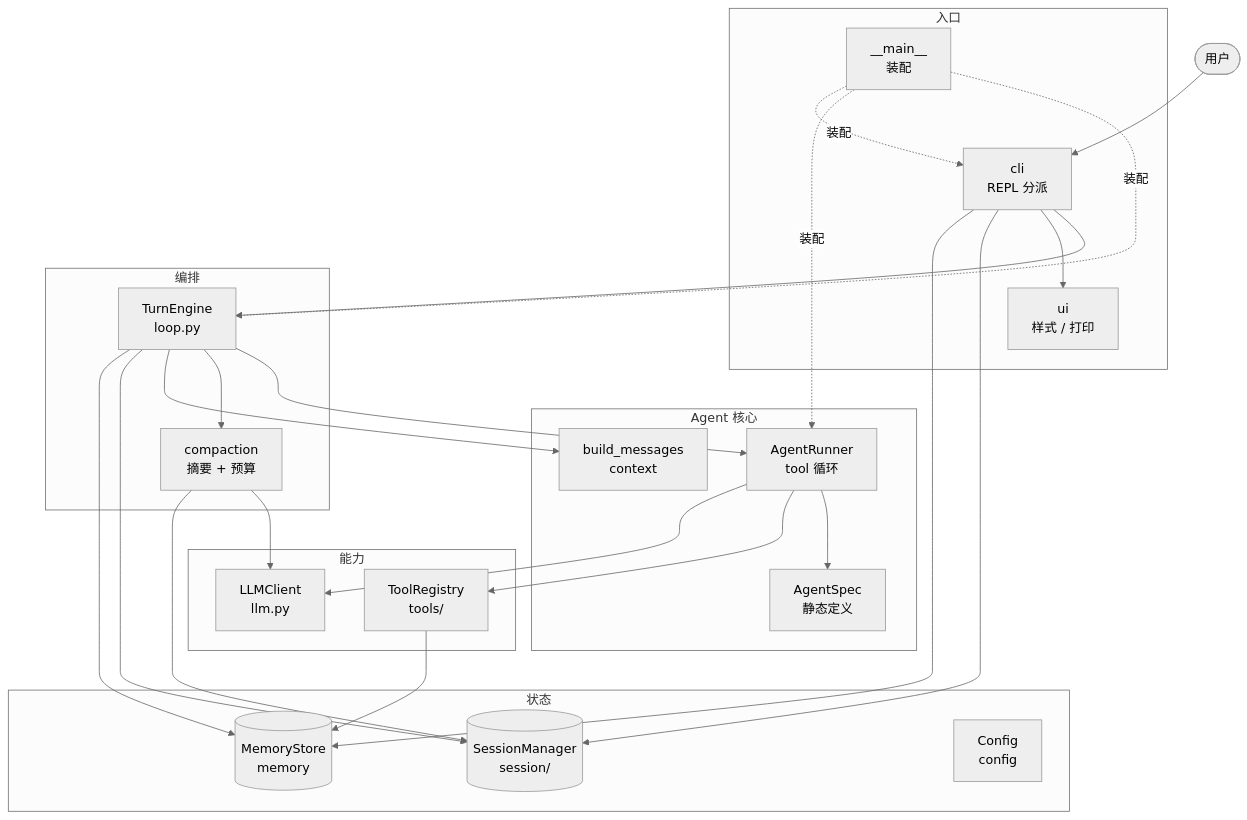
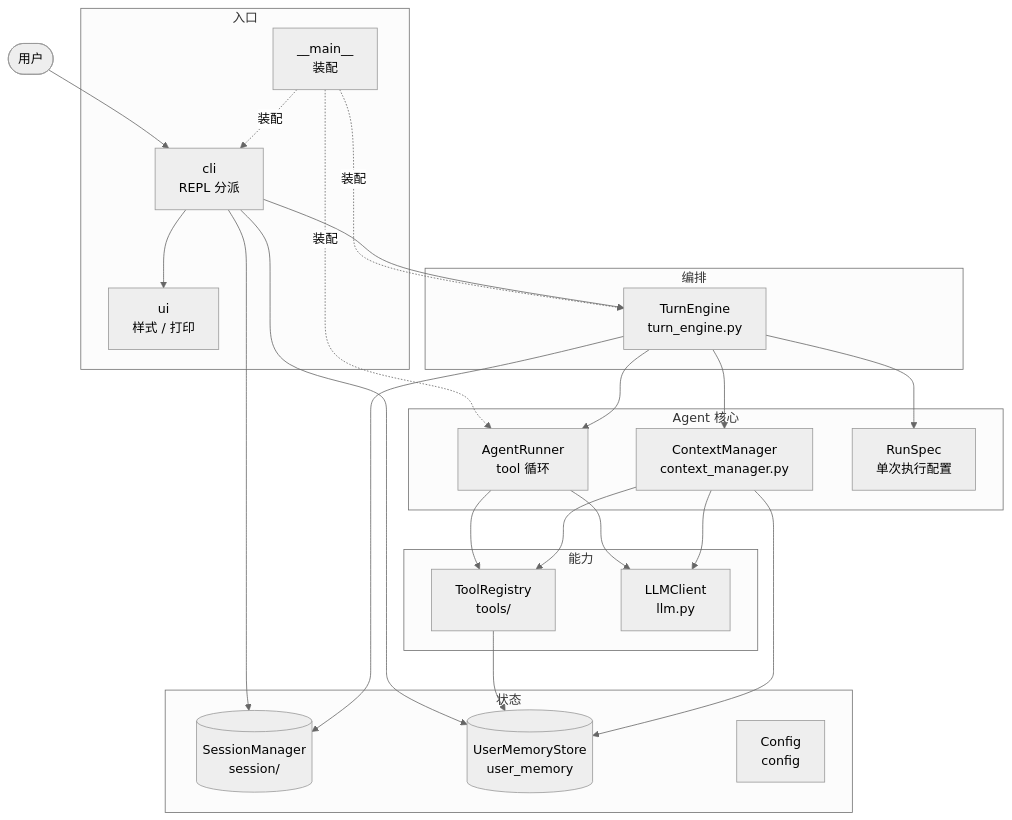
Before and after one commit to Jiminyang1/minibot: the first of 2 diagrams in README.md, drawn with Mermaid (neutral theme). The commit also changed other lines of this file and 17 other files, not shown here.

Commit message:
Refactor runtime context flow and rename core modules

````diff
--- a/README.md
+++ b/README.md
@@ -46,55 +45,52 @@
 ```mermaid
 flowchart TB
     User([用户]) --> CliMod
 
     subgraph entry [入口]
         Main["__main__<br/>装配"]
         CliMod["cli<br/>REPL 分派"]
         UiMod["ui<br/>样式 / 打印"]
     end
 
     subgraph orch [编排]
-        Engine["TurnEngine<br/>loop.py"]
-        Compact["compaction<br/>摘要 + 预算"]
+        Engine["TurnEngine<br/>turn_engine.py"]
     end
 
     subgraph core [Agent 核心]
-        Spec["AgentSpec<br/>静态定义"]
+        Context["ContextManager<br/>context_manager.py"]
         Runner["AgentRunner<br/>tool 循环"]
-        Ctx["build_messages<br/>context"]
+        RunSpec["RunSpec<br/>单次执行配置"]
     end
 
     subgraph caps [能力]
         Tools["ToolRegistry<br/>tools/"]
         Llm["LLMClient<br/>llm.py"]
     end
 
     subgraph state [状态]
         SM[("SessionManager<br/>session/")]
-        MS[("MemoryStore<br/>memory")]
+        MS[("UserMemoryStore<br/>user_memory")]
         Cfg["Config<br/>config"]
     end
 
     Main -.装配.-> Engine
     Main -.装配.-> Runner
     Main -.装配.-> CliMod
 
     CliMod --> Engine
     CliMod --> UiMod
     CliMod --> SM
     CliMod --> MS
 
+    Engine --> Context
     Engine --> Runner
-    Engine --> Compact
-    Engine --> Ctx
     Engine --> SM
-    Engine --> MS
+    Engine --> RunSpec
 
-    Runner --> Spec
     Runner --> Tools
     Runner --> Llm
     Tools --> MS
-
-    Compact --> Llm
-    Compact --> SM
+    Context --> Tools
+    Context --> Llm
+    Context --> MS
 ```
````
